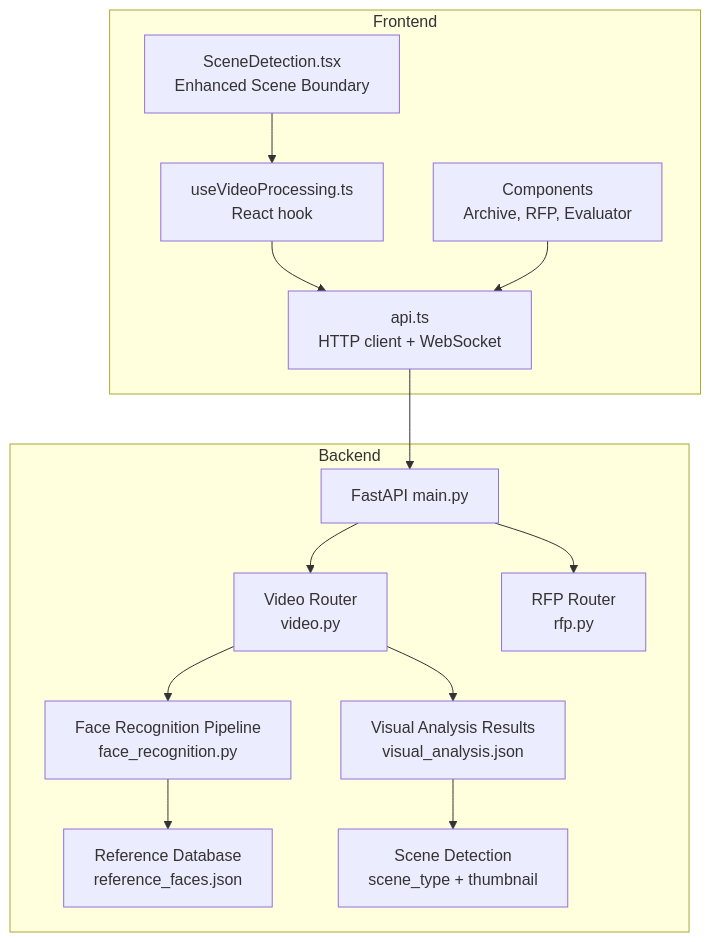
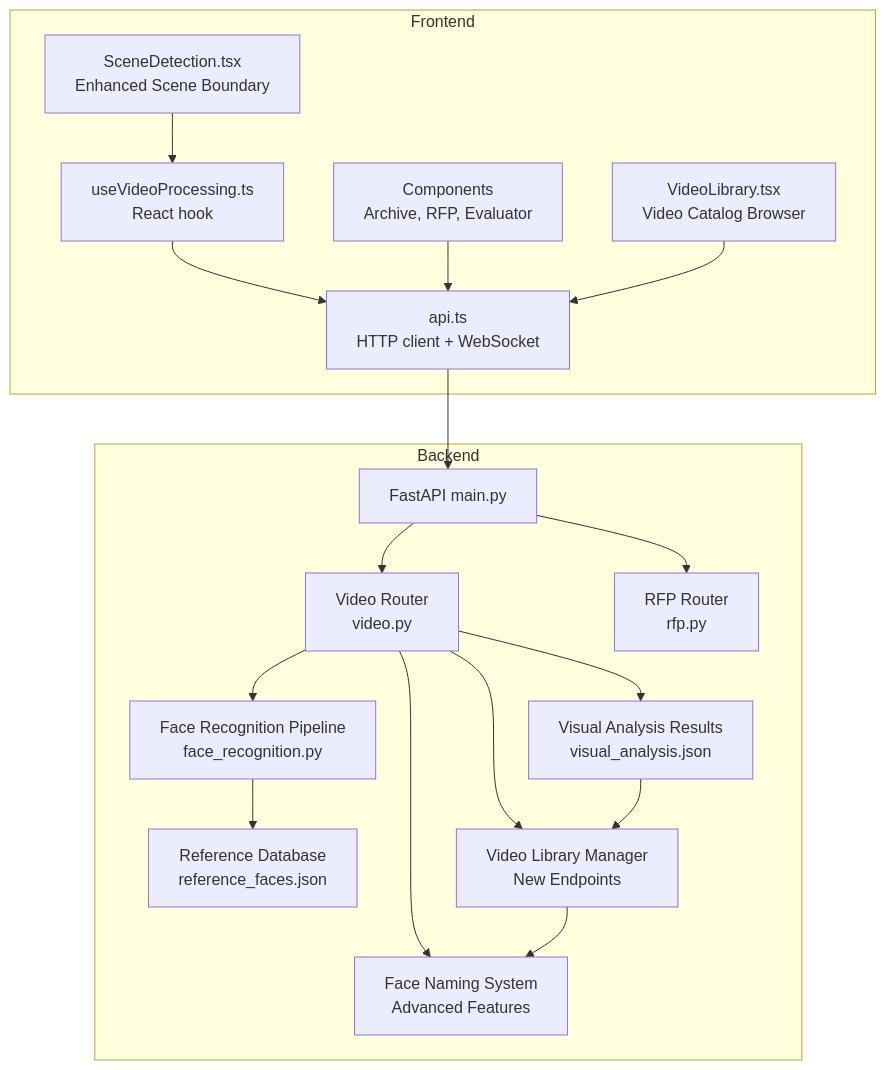
Before and after one commit to alexandreybasta-cyber/dubai-media-ai: the first of 3 diagrams in .qoder/repowiki/en/content/Frontend Application/API Integration & State Management.md, drawn with Mermaid. The commit also changed other lines of this file and 49 other files, not shown here.

````diff
--- a/.qoder/repowiki/en/content/Frontend Application/API Integration & State Management.md
+++ b/.qoder/repowiki/en/content/Frontend Application/API Integration & State Management.md
@@ -52,28 +55,34 @@
 ```mermaid
 graph TB
 subgraph "Frontend"
 A["api.ts<br/>HTTP client + WebSocket"]
 B["useVideoProcessing.ts<br/>React hook"]
 C["Components<br/>Archive, RFP, Evaluator"]
 D["SceneDetection.tsx<br/>Enhanced Scene Boundary"]
+E["VideoLibrary.tsx<br/>Video Catalog Browser"]
 end
 subgraph "Backend"
-E["FastAPI main.py"]
-F["Video Router<br/>video.py"]
-G["RFP Router<br/>rfp.py"]
-H["Face Recognition Pipeline<br/>face_recognition.py"]
-I["Reference Database<br/>reference_faces.json"]
-J["Visual Analysis Results<br/>visual_analysis.json"]
-K["Scene Detection<br/>scene_type + thumbnail"]
+F["FastAPI main.py"]
+G["Video Router<br/>video.py"]
+H["RFP Router<br/>rfp.py"]
+I["Face Recognition Pipeline<br/>face_recognition.py"]
+J["Reference Database<br/>reference_faces.json"]
+K["Visual Analysis Results<br/>visual_analysis.json"]
+L["Video Library Manager<br/>New Endpoints"]
+M["Face Naming System<br/>Advanced Features"]
 end
-A --> E
+A --> F
 B --> A
 C --> A
 D --> B
-E --> F
-E --> G
+E --> A
+F --> G
 F --> H
-F --> J
-H --> I
-J --> K
+G --> I
+G --> K
+G --> L
+G --> M
+I --> J
+K --> L
+L --> M
 ```
````
